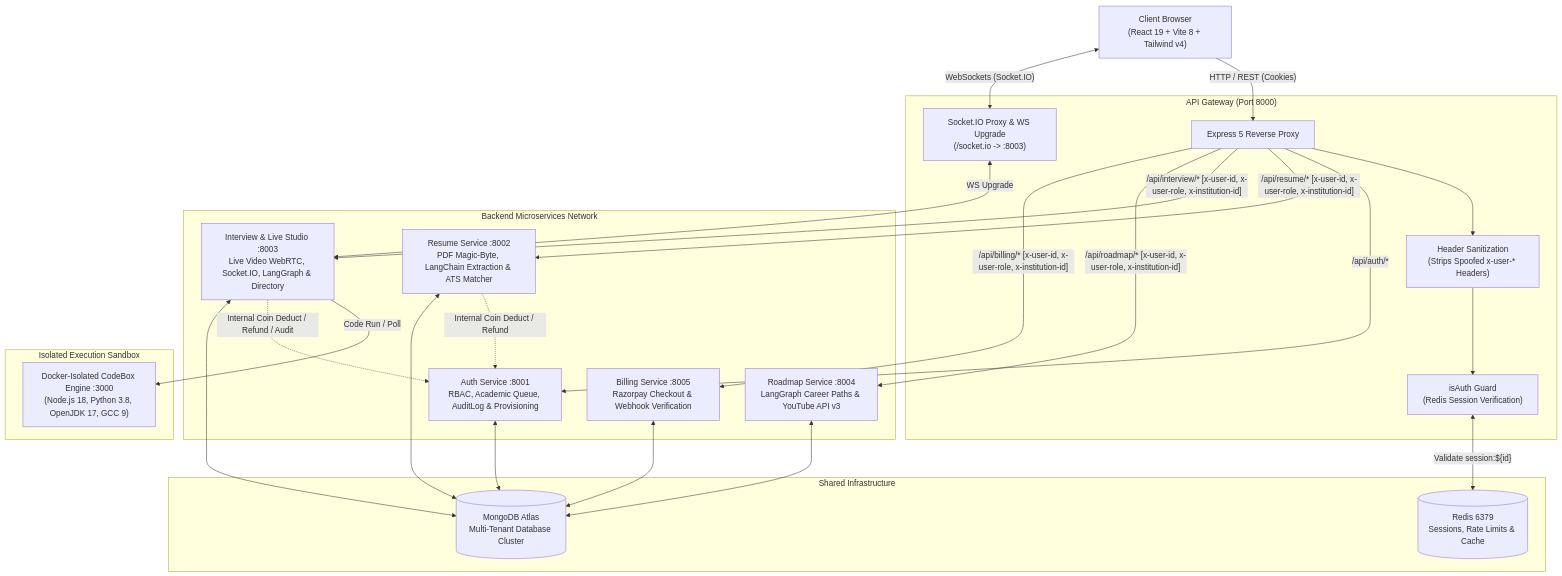
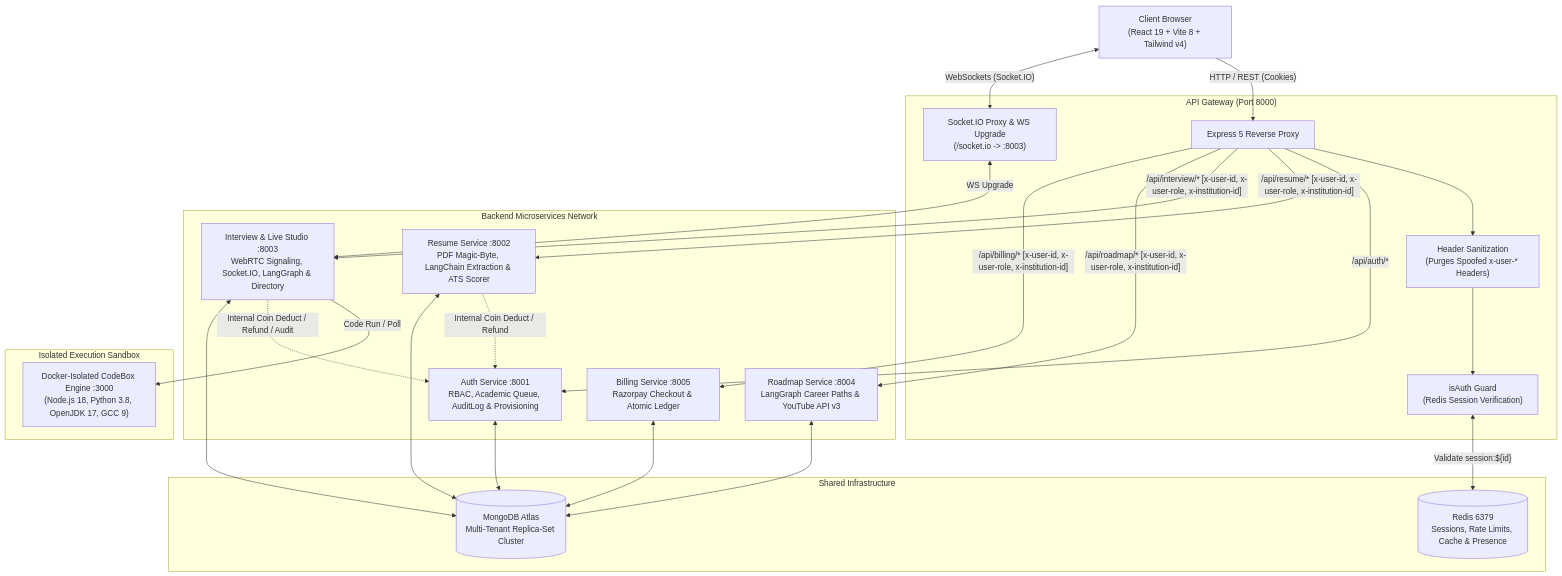
The first of 3 diagrams in README.md (Harsh-Sharma-0001/Yugam), drawn with Mermaid before and after one commit. The commit also changed other lines of this file, not shown here.

````diff
--- a/README.md
+++ b/README.md
@@ -327,52 +240,52 @@
 ```mermaid
 flowchart TB
     Client["Client Browser<br/>(React 19 + Vite 8 + Tailwind v4)"]
 
     subgraph GatewayLayer ["API Gateway (Port 8000)"]
         GW["Express 5 Reverse Proxy"]
-        HeaderSanitizer["Header Sanitization<br/>(Strips Spoofed x-user-* Headers)"]
+        HeaderSanitizer["Header Sanitization<br/>(Purges Spoofed x-user-* Headers)"]
         AuthMiddleware["isAuth Guard<br/>(Redis Session Verification)"]
         SocketProxy["Socket.IO Proxy & WS Upgrade<br/>(/socket.io -> :8003)"]
     end
 
     subgraph SharedInfra ["Shared Infrastructure"]
-        Redis[("Redis 6379<br/>Sessions, Rate Limits & Cache")]
-        Mongo[("MongoDB Atlas<br/>Multi-Tenant Database Cluster")]
+        Redis[("Redis 6379<br/>Sessions, Rate Limits, Cache & Presence")]
+        Mongo[("MongoDB Atlas<br/>Multi-Tenant Replica-Set Cluster")]
     end
 
     subgraph Services ["Backend Microservices Network"]
         AuthSvc["Auth Service :8001<br/>RBAC, Academic Queue, AuditLog & Provisioning"]
-        ResumeSvc["Resume Service :8002<br/>PDF Magic-Byte, LangChain Extraction & ATS Matcher"]
-        InterviewSvc["Interview & Live Studio :8003<br/>Live Video WebRTC, Socket.IO, LangGraph & Directory"]
+        ResumeSvc["Resume Service :8002<br/>PDF Magic-Byte, LangChain Extraction & ATS Scorer"]
+        InterviewSvc["Interview & Live Studio :8003<br/>WebRTC Signaling, Socket.IO, LangGraph & Directory"]
         RoadmapSvc["Roadmap Service :8004<br/>LangGraph Career Paths & YouTube API v3"]
-        BillingSvc["Billing Service :8005<br/>Razorpay Checkout & Webhook Verification"]
+        BillingSvc["Billing Service :8005<br/>Razorpay Checkout & Atomic Ledger"]
     end
 
     subgraph ExecutionLayer ["Isolated Execution Sandbox"]
         ExecutionEngine["Docker-Isolated CodeBox Engine :3000<br/>(Node.js 18, Python 3.8, OpenJDK 17, GCC 9)"]
     end
 
     Client -->|"HTTP / REST (Cookies)"| GW
     Client <-->|"WebSockets (Socket.IO)"| SocketProxy
     SocketProxy <-->|"WS Upgrade"| InterviewSvc
 
     GW --> HeaderSanitizer
     HeaderSanitizer --> AuthMiddleware
     AuthMiddleware <-->|"Validate session:${id}"| Redis
 
     GW -->|"/api/auth/*"| AuthSvc
     GW -->|"/api/resume/* [x-user-id, x-user-role, x-institution-id]"| ResumeSvc
     GW -->|"/api/interview/* [x-user-id, x-user-role, x-institution-id]"| InterviewSvc
     GW -->|"/api/roadmap/* [x-user-id, x-user-role, x-institution-id]"| RoadmapSvc
     GW -->|"/api/billing/* [x-user-id, x-user-role, x-institution-id]"| BillingSvc
 
     InterviewSvc -->|"Code Run / Poll"| ExecutionEngine
     ResumeSvc -.->|"Internal Coin Deduct / Refund"| AuthSvc
     InterviewSvc -.->|"Internal Coin Deduct / Refund / Audit"| AuthSvc
 
     AuthSvc <--> Mongo
     ResumeSvc <--> Mongo
     InterviewSvc <--> Mongo
     RoadmapSvc <--> Mongo
     BillingSvc <--> Mongo
 ```
````
